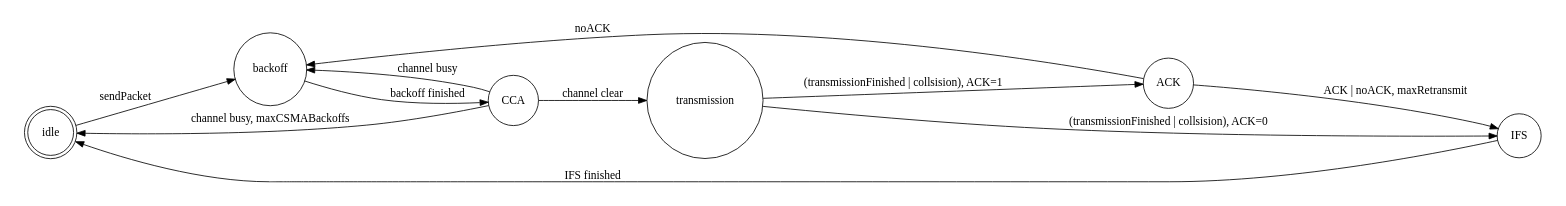
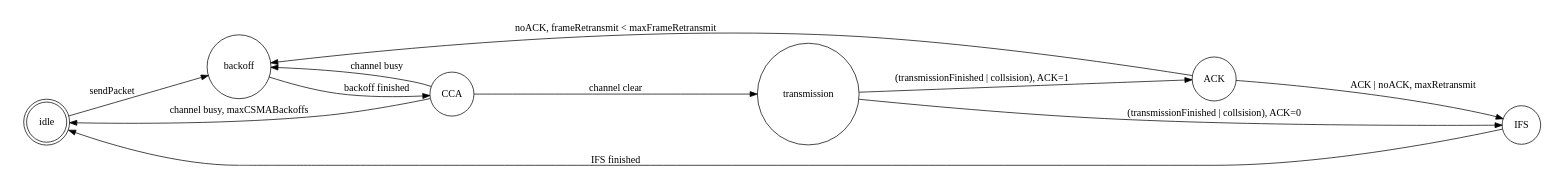
One commit to malte-christian/IEEE-802.15.4-Model changed the diagram in Interference/doc/NodeFiniteState.gv. Above: the diagram before and after it, drawn with Graphviz.

```diff
--- a/Interference/doc/NodeFiniteState.gv
+++ b/Interference/doc/NodeFiniteState.gv
@@ -1,16 +1,16 @@
 digraph node_finite_state_machine {
 	rankdir=LR;
 	size="8,5"
 	node [shape = doublecircle]; idle;
 	node [shape = circle];
 	idle -> backoff [ label = "sendPacket" ];
 	backoff -> CCA [ label = "backoff finished" ];
 	CCA -> idle [ label = "channel busy, maxCSMABackoffs" ];
 	CCA -> backoff [ label = "channel busy" ];
 	CCA -> transmission [ label = "channel clear" ];
 	transmission -> IFS [ label = "(transmissionFinished | collsision), ACK=0" ];
 	transmission -> ACK [ label = "(transmissionFinished | collsision), ACK=1" ];
-	ACK -> backoff [ label = "noACK" ];
+	ACK -> backoff [ label = "noACK, frameRetransmit < maxFrameRetransmit" ];
 	ACK -> IFS [ label = "ACK | noACK, maxRetransmit" ];
 	IFS -> idle [ label = "IFS finished" ];
 }
```
